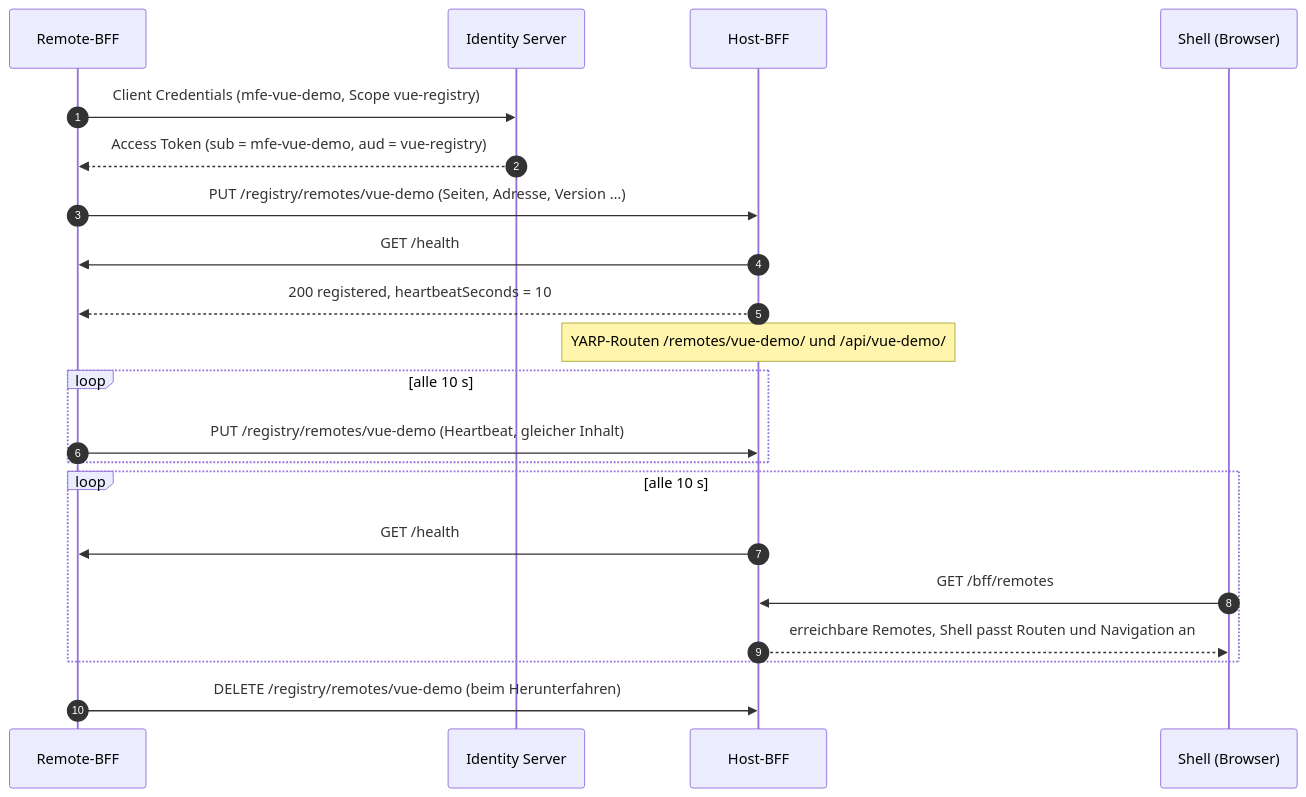
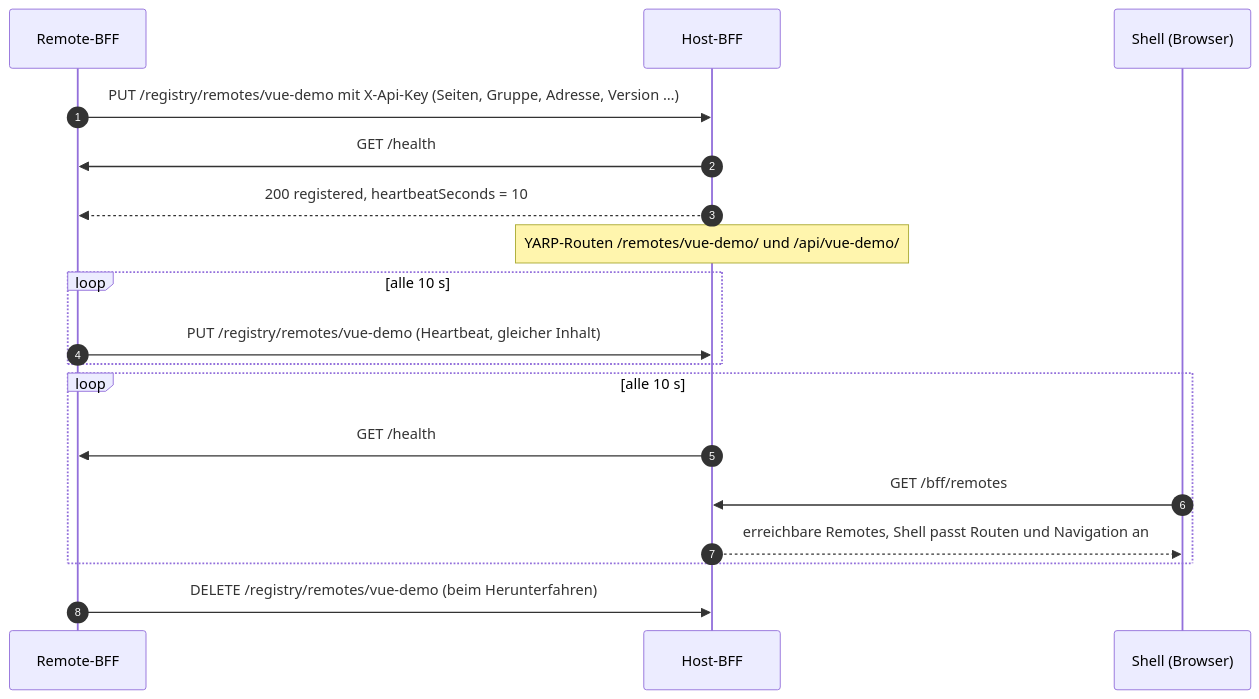
The third of 4 diagrams in README.md (Marcel-B/Microfrontend), drawn with Mermaid before and after one commit. The commit also changed other lines of this file and 43 other files, not shown here.

First line of the commit message:
Remotes melden sich per API-Key an, Navigation in Gruppen (#8)

````diff
--- a/README.md
+++ b/README.md
@@ -209,24 +209,21 @@
 ```mermaid
 sequenceDiagram
   autonumber
   participant R as Remote-BFF
-  participant I as Identity Server
   participant H as Host-BFF
   participant S as Shell (Browser)
 
-  R->>I: Client Credentials (mfe-vue-demo, Scope vue-registry)
-  I-->>R: Access Token (sub = mfe-vue-demo, aud = vue-registry)
-  R->>H: PUT /registry/remotes/vue-demo (Seiten, Adresse, Version …)
+  R->>H: PUT /registry/remotes/vue-demo mit X-Api-Key (Seiten, Gruppe, Adresse, Version …)
   H->>R: GET /health
   H-->>R: 200 registered, heartbeatSeconds = 10
   Note over H: YARP-Routen /remotes/vue-demo/ und /api/vue-demo/
   loop alle 10 s
     R->>H: PUT /registry/remotes/vue-demo (Heartbeat, gleicher Inhalt)
   end
   loop alle 10 s
     H->>R: GET /health
     S->>H: GET /bff/remotes
     H-->>S: erreichbare Remotes, Shell passt Routen und Navigation an
   end
   R->>H: DELETE /registry/remotes/vue-demo (beim Herunterfahren)
 ```
````
